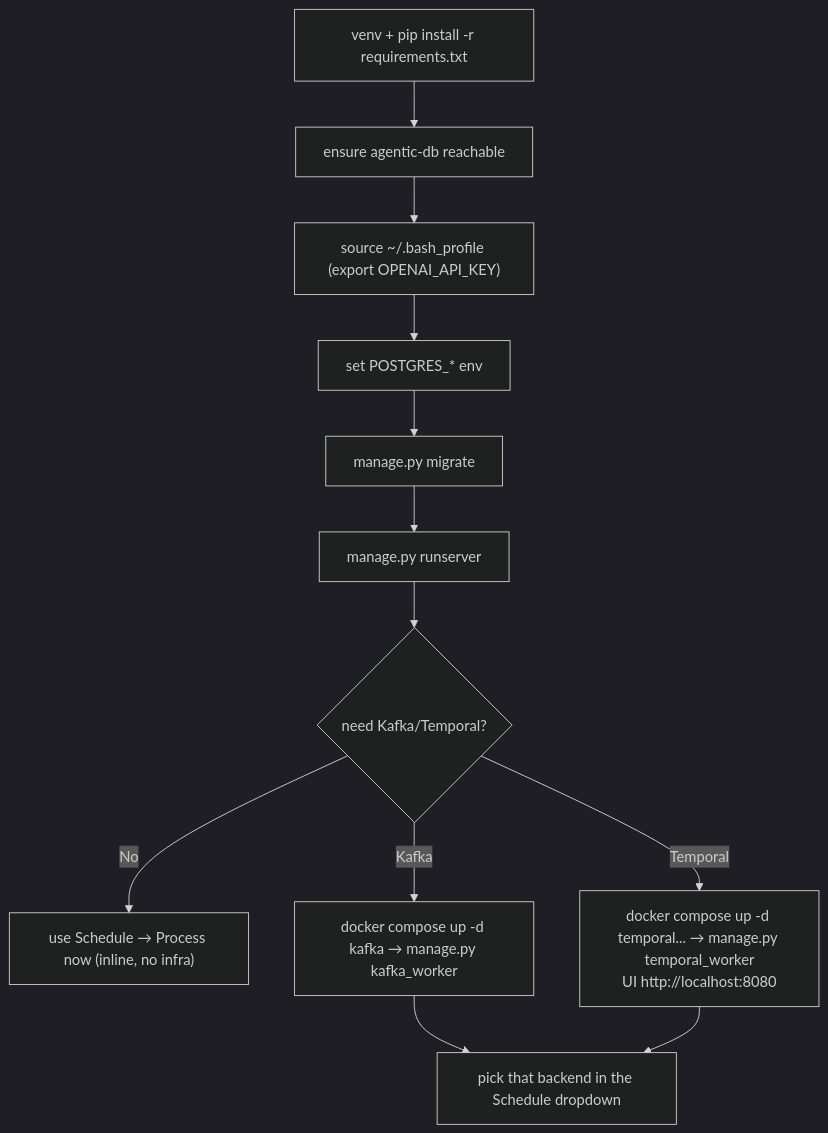
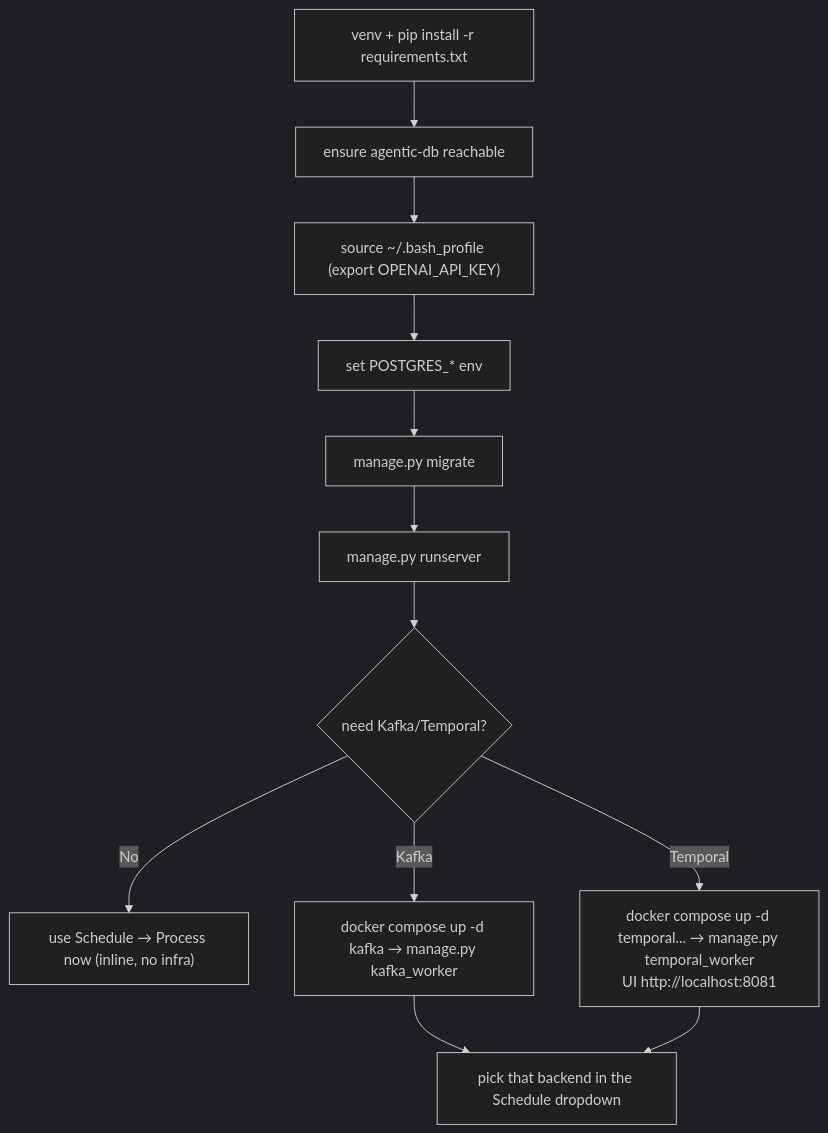
One commit to lokeshchauhan2801/Python-Training changed the fifth of 5 diagrams in README.md. Above: the diagram before and after it, drawn with Mermaid (dark theme). The commit also changed other lines of this file and 27 other files, not shown here.

````diff
--- a/README.md
+++ b/README.md
@@ -692,14 +721,14 @@
 ```mermaid
 flowchart TD
     A["venv + pip install -r requirements.txt"] --> B["ensure agentic-db reachable"]
     B --> C["source ~/.bash_profile (export OPENAI_API_KEY)"]
     C --> D["set POSTGRES_* env"]
     D --> E["manage.py migrate"]
     E --> F["manage.py runserver"]
     F --> G{need Kafka/Temporal?}
     G -->|No| H["use Schedule → Process now (inline, no infra)"]
     G -->|Kafka| I["docker compose up -d kafka → manage.py kafka_worker"]
-    G -->|Temporal| J["docker compose up -d temporal... → manage.py temporal_worker\nUI http://localhost:8080"]
+    G -->|Temporal| J["docker compose up -d temporal... → manage.py temporal_worker\nUI http://localhost:8081"]
     I --> K["pick that backend in the Schedule dropdown"]
     J --> K
 ```
````
